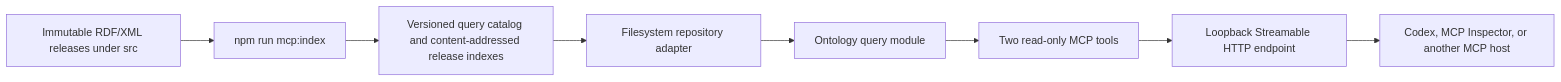
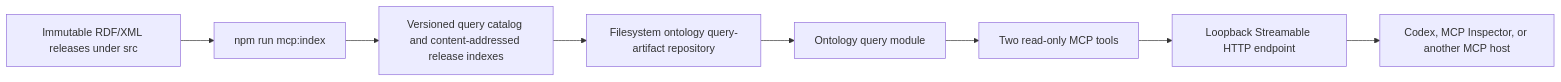
The diagram in docs/mcp/local-development.md (Hadden-Industries/universal-ontology), drawn with Mermaid before and after one commit. The commit also changed other lines of this file and 12 other files, not shown here.

First line of the commit message:
refactor(ontology-query): Name the query-artifact repository precisely

````diff
--- a/docs/mcp/local-development.md
+++ b/docs/mcp/local-development.md
@@ -64,10 +64,10 @@
 ```mermaid
 flowchart LR
     A[Immutable RDF/XML releases under src] --> B[npm run mcp:index]
     B --> C[Versioned query catalog and content-addressed release indexes]
-    C --> D[Filesystem repository adapter]
+    C --> D[Filesystem ontology query-artifact repository]
     D --> E[Ontology query module]
     E --> F[Two read-only MCP tools]
     F --> G[Loopback Streamable HTTP endpoint]
     G --> H[Codex, MCP Inspector, or another MCP host]
 ```
````
